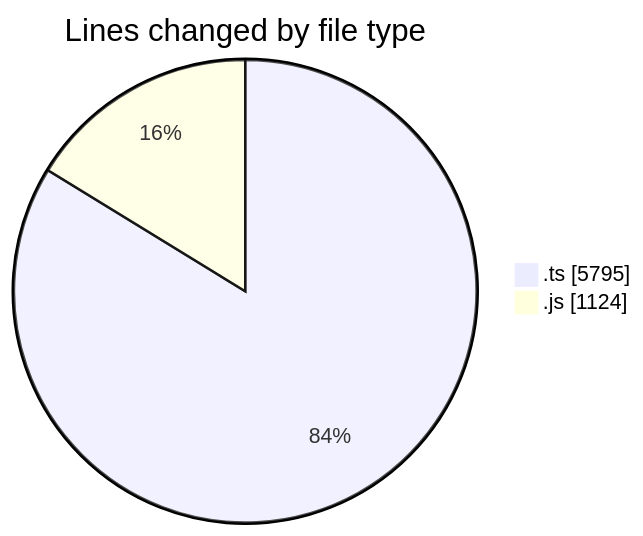
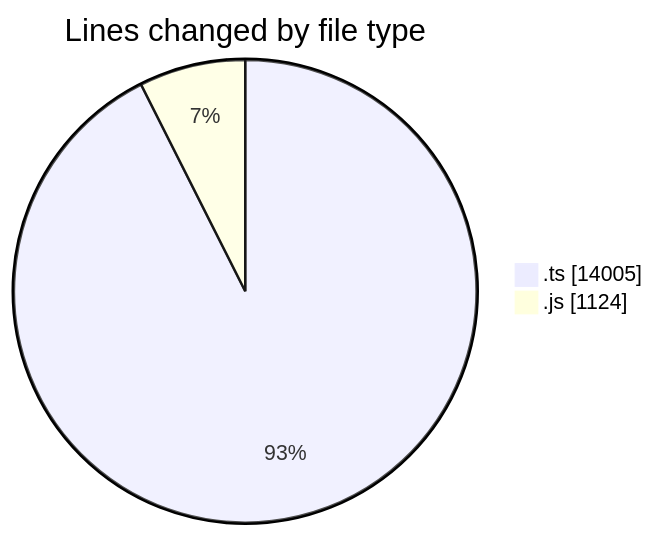
The first of 2 diagrams in 2026-10-23/cda/README.md (momahboobian/code-tracking), drawn with Mermaid before and after one commit. The commit also changed other lines of this file and 1 other file, not shown here.

````diff
--- a/2026-10-23/cda/README.md
+++ b/2026-10-23/cda/README.md
@@ -28,6 +29,6 @@
 ```mermaid
 pie showData
 title Lines changed by file type
-".ts" : 5795
+".ts" : 14005
 ".js" : 1124
 ```
````
